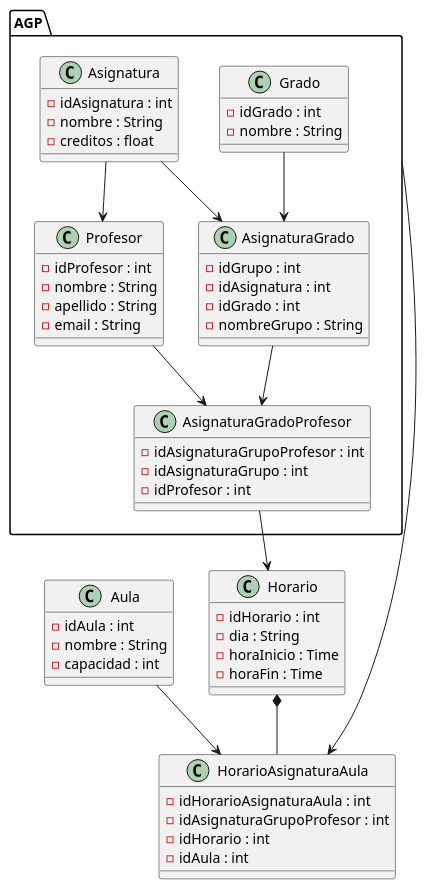
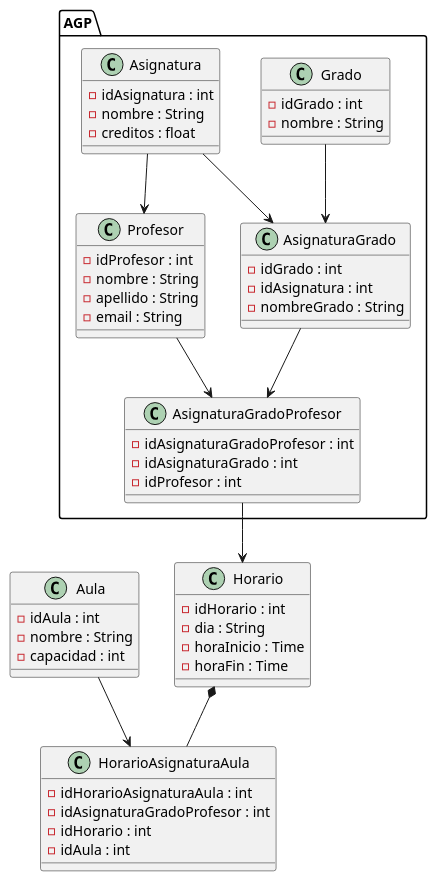
The diagram in modeloDelDominio/plantUML/DiagramaDeClases.puml (mmasias/24-25-IdSw1-SDR), drawn with PlantUML before and after one commit.

```diff
--- a/modeloDelDominio/plantUML/DiagramaDeClases.puml
+++ b/modeloDelDominio/plantUML/DiagramaDeClases.puml
@@ -1,65 +1,63 @@
 @startuml
 package "AGP" {
   class Grado {
     - idGrado : int
     - nombre : String
   }
 
   class Asignatura {
     - idAsignatura : int
     - nombre : String
     - creditos : float
   }
 
   class AsignaturaGrado {
-    - idGrupo : int
+    - idGrado : int
     - idAsignatura : int
-    - idGrado : int
-    - nombreGrupo : String
+    - nombreGrado : String
   }
 
   class AsignaturaGradoProfesor {
-    - idAsignaturaGrupoProfesor : int
-    - idAsignaturaGrupo : int
+    - idAsignaturaGradoProfesor : int
+    - idAsignaturaGrado : int
     - idProfesor : int
   }
 
   class Profesor {
     - idProfesor : int
     - nombre : String
     - apellido : String
     - email : String
   }
   
   Asignatura --> Profesor
   Grado --> AsignaturaGrado
   Asignatura --> AsignaturaGrado
   AsignaturaGrado --> AsignaturaGradoProfesor
   Profesor --> AsignaturaGradoProfesor
 }
 
 class Horario {
   - idHorario : int
   - dia : String
   - horaInicio : Time
   - horaFin : Time
 }
 
 class HorarioAsignaturaAula {
   - idHorarioAsignaturaAula : int
-  - idAsignaturaGrupoProfesor : int
+  - idAsignaturaGradoProfesor : int
   - idHorario : int
   - idAula : int
 }
 
 class Aula {
   - idAula : int
   - nombre : String
   - capacidad : int
 }
 
 AsignaturaGradoProfesor --> Horario
 Horario *-- HorarioAsignaturaAula
 Aula --> HorarioAsignaturaAula
-"AGP" --> HorarioAsignaturaAula
 @enduml
```
